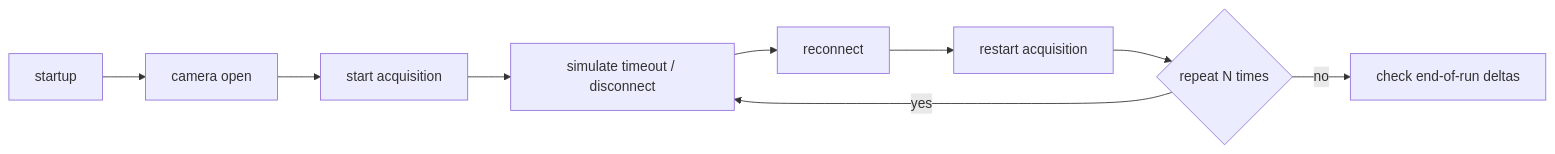
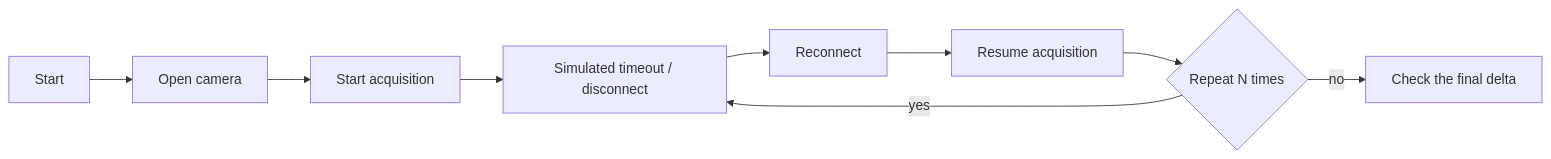
One commit to gomurin0428/KomuraSoftWeb changed the third of 3 diagrams in _posts/2026-03-11-002-handle-leak-industrial-camera-long-run-crash-part1-en.md. Above: the diagram before and after it, drawn with Mermaid. The commit also changed other lines of this file and 3 other files, not shown here.

````diff
--- a/_posts/2026-03-11-002-handle-leak-industrial-camera-long-run-crash-part1-en.md
+++ b/_posts/2026-03-11-002-handle-leak-industrial-camera-long-run-crash-part1-en.md
@@ -255,11 +253,11 @@
 ```mermaid
 flowchart LR
-    A[startup] --> B[camera open]
-    B --> C[start acquisition]
-    C --> D[simulate timeout / disconnect]
-    D --> E[reconnect]
-    E --> F[restart acquisition]
-    F --> G{repeat N times}
+    A["Start"] --> B["Open camera"]
+    B --> C["Start acquisition"]
+    C --> D["Simulated timeout / disconnect"]
+    D --> E["Reconnect"]
+    E --> F["Resume acquisition"]
+    F --> G{"Repeat N times"}
     G -- yes --> D
-    G -- no --> H[check end-of-run deltas]
+    G -- no --> H["Check the final delta"]
 ```
````
